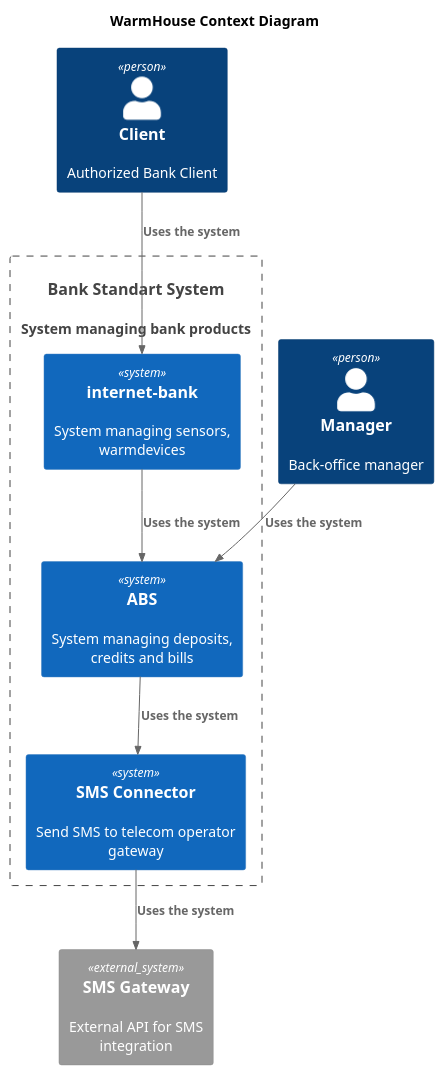
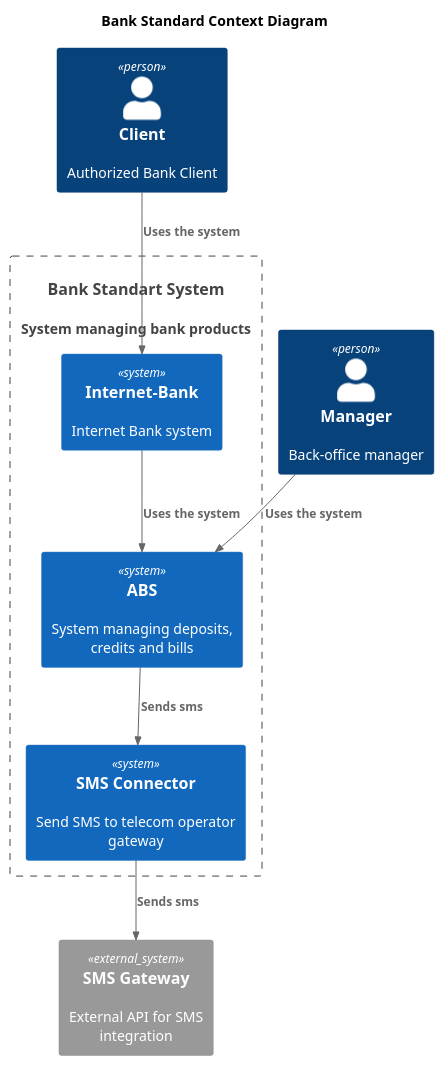
The diagram in Task3/ToBe_StandartBank_Context.puml (yailiaya/yp-architecture-standart), drawn with PlantUML before and after one commit. The commit also changed 1 other file, not shown here.

```diff
--- a/Task3/ToBe_StandartBank_Context.puml
+++ b/Task3/ToBe_StandartBank_Context.puml
@@ -1,27 +1,28 @@
 @startuml
-title WarmHouse Context Diagram
+title Bank Standard Context Diagram
 
 top to bottom direction
 
 !includeurl https://raw.githubusercontent.com/RicardoNiepel/C4-PlantUML/master/C4_Component.puml
 
 Person(client, "Client", "Authorized Bank Client")
 Person(manager, "Manager", "Back-office manager")
 
 System(StandartBankSystem, "Bank Standart System", "System managing bank products")
 
 System_Boundary(StandartBankSystem, "Standart Bank System") {
-    System(InternetBankSystem, "internet-bank", "System managing sensors, warmdevices")
+    System(InternetBankSystem, "Internet-Bank", "Internet Bank system")
     System(ABS, "ABS", "System managing deposits, credits and bills")
     System(SMSConnector, "SMS Connector", "Send SMS to telecom operator gateway")
 }
 
 System_Ext(sms_gateway_telecom_operator, "SMS Gateway", "External API for SMS integration")
 
 Rel(client, InternetBankSystem, "Uses the system")
 Rel(InternetBankSystem, ABS, "Uses the system")
+
 Rel(manager, ABS, "Uses the system")
-Rel(ABS, SMSConnector, "Uses the system")
-Rel(SMSConnector, sms_gateway_telecom_operator, "Uses the system")
+Rel(ABS, SMSConnector, "Sends sms")
+Rel(SMSConnector, sms_gateway_telecom_operator, "Sends sms")
 
 @enduml
```
